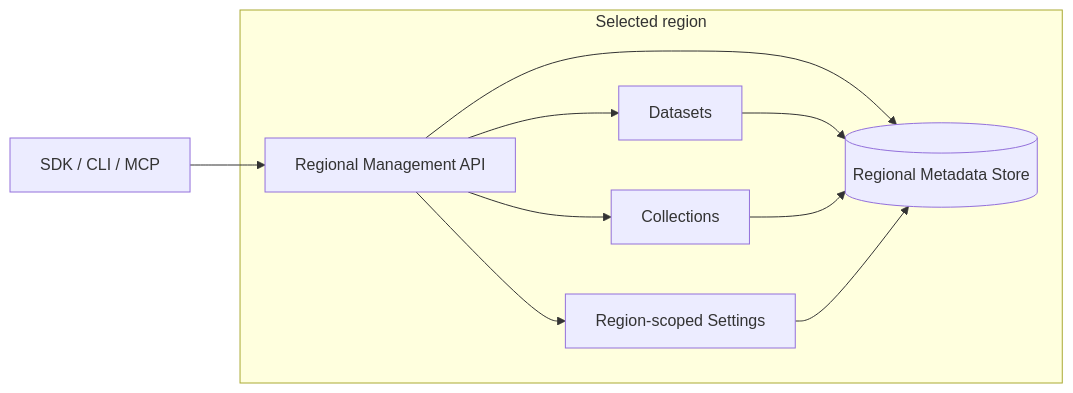
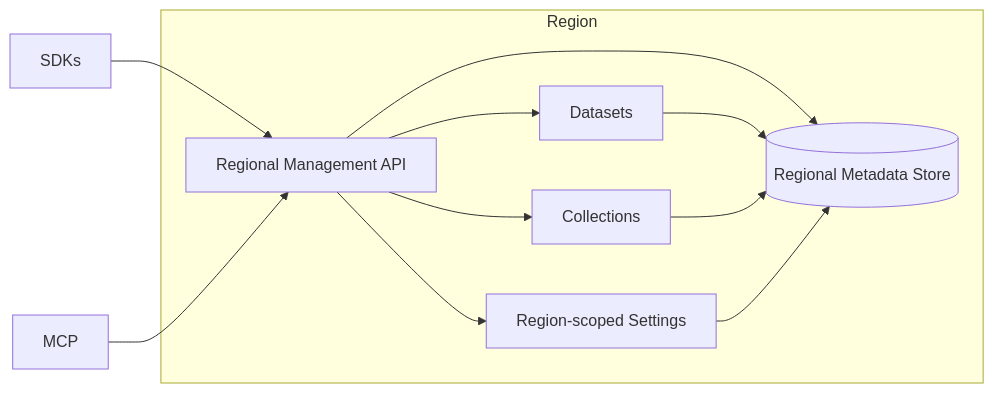
The third of 7 diagrams in docs/architecture.mdx (topk-io/topk), drawn with Mermaid before and after one commit. The commit also changed other lines of this file, not shown here.

````diff
--- a/docs/architecture.mdx
+++ b/docs/architecture.mdx
@@ -154,15 +137,16 @@
 ```mermaid
 flowchart LR
-    Client[SDK / CLI / MCP] --> RegionalAPI[Regional Management API]
+    SDK[SDKs] --> RegionalAPI[Regional Management API]
+    MCP[MCP] --> RegionalAPI
 
-    subgraph Region[Selected region]
+    subgraph Region[Region]
         RegionalAPI --> Datasets[Datasets]
         RegionalAPI --> Collections[Collections]
         RegionalAPI --> Settings[Region-scoped Settings]
         RegionalAPI --> Store[(Regional Metadata Store)]
 
         Datasets --> Store
         Collections --> Store
         Settings --> Store
     end
 ```
````
